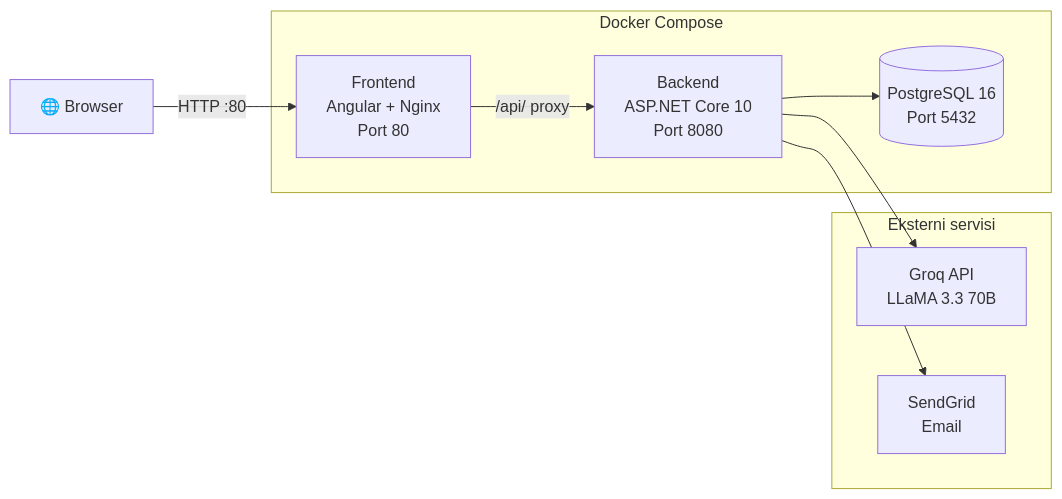
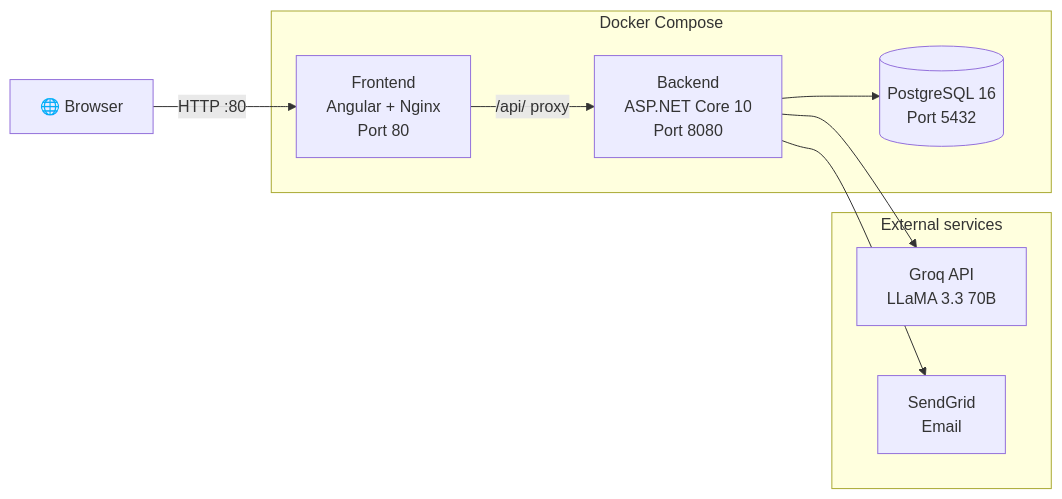
Before and after one commit to jevticn-dev/smart-resume-analyzer: the first of 3 diagrams in README.md, drawn with Mermaid. The commit also changed other lines of this file and 1 other file, not shown here.

````diff
--- a/README.md
+++ b/README.md
@@ -34,21 +34,21 @@
 ```mermaid
 graph LR
     Browser["🌐 Browser"]
 
     subgraph DC["Docker Compose"]
         FE["Frontend<br/>Angular + Nginx<br/>Port 80"]
         BE["Backend<br/>ASP.NET Core 10<br/>Port 8080"]
         DB[("PostgreSQL 16<br/>Port 5432")]
     end
 
-    subgraph EXT["Eksterni servisi"]
+    subgraph EXT["External services"]
         GROQ["Groq API<br/>LLaMA 3.3 70B"]
         SG["SendGrid<br/>Email"]
     end
 
     Browser -->|"HTTP :80"| FE
     FE -->|"/api/ proxy"| BE
     BE --> DB
     BE --> GROQ
     BE --> SG
 ```
````
